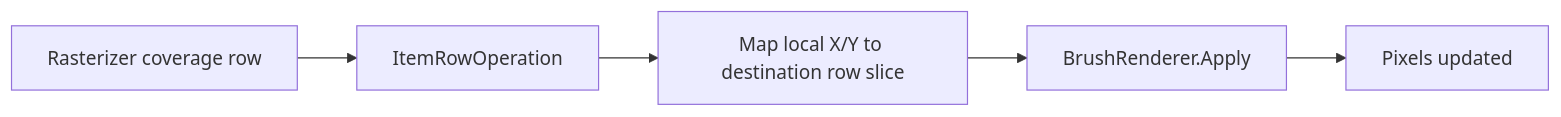
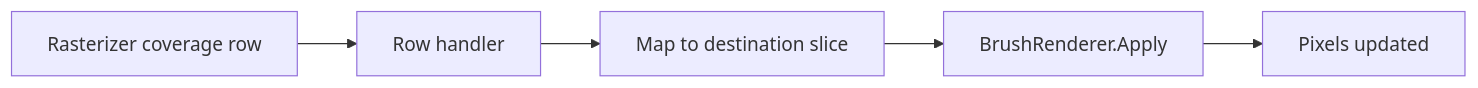
Before and after one commit to SixLabors/ImageSharp.Drawing: the fourth of 4 diagrams in src/ImageSharp.Drawing/Processing/Backends/DEFAULT_DRAWING_BACKEND.md, drawn with Mermaid. The commit also changed other lines of this file and 6 other files, not shown here.

````diff
--- a/src/ImageSharp.Drawing/Processing/Backends/DEFAULT_DRAWING_BACKEND.md
+++ b/src/ImageSharp.Drawing/Processing/Backends/DEFAULT_DRAWING_BACKEND.md
@@ -296,7 +271,7 @@
 ```mermaid
 flowchart LR
-    A[Rasterizer coverage row] --> B[ItemRowOperation]
-    B --> C[Map local X/Y to destination row slice]
+    A[Rasterizer coverage row] --> B[Row handler]
+    B --> C[Map to destination slice]
     C --> D[BrushRenderer.Apply]
     D --> E[Pixels updated]
 ```
````
